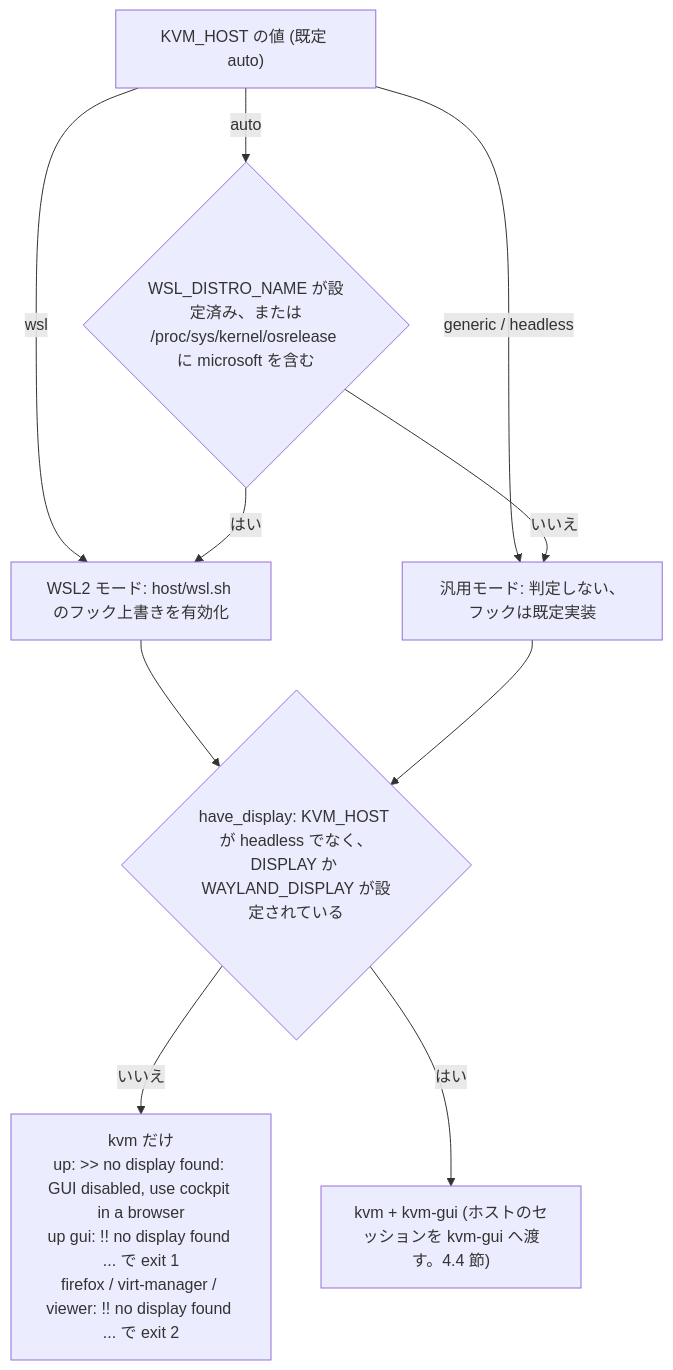
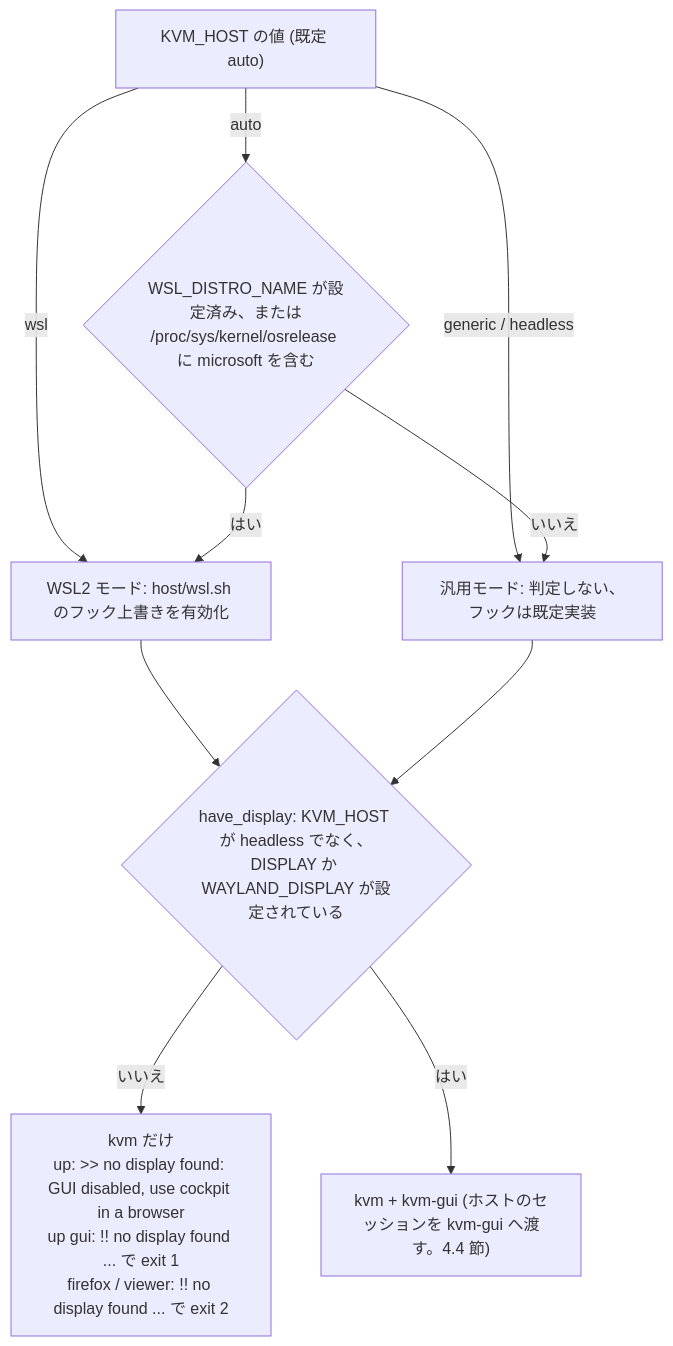
The second of 22 diagrams in docs/SPEC.md (ryo-aoki-pc/kvm-container), drawn with Mermaid before and after one commit. The commit also changed other lines of this file and 6 other files, not shown here.

First line of the commit message:
virt-manager を削除する (#24)

````diff
--- a/docs/SPEC.md
+++ b/docs/SPEC.md
@@ -105,12 +105,12 @@
 ```mermaid
 flowchart TD
   start["KVM_HOST の値 (既定 auto)"] -->|"wsl"| W["WSL2 モード: host/wsl.sh のフック上書きを有効化"]
   start -->|"generic / headless"| G["汎用モード: 判定しない、フックは既定実装"]
   start -->|"auto"| chk{"WSL_DISTRO_NAME が設定済み、または<br/>/proc/sys/kernel/osrelease に microsoft を含む"}
   chk -->|"はい"| W
   chk -->|"いいえ"| G
   W --> hd{"have_display: KVM_HOST が headless でなく、<br/>DISPLAY か WAYLAND_DISPLAY が設定されている"}
   G --> hd
-  hd -->|"いいえ"| H["kvm だけ<br/>up: >> no display found: GUI disabled, use cockpit in a browser<br/>up gui: !! no display found ... で exit 1<br/>firefox / virt-manager / viewer: !! no display found ... で exit 2"]
+  hd -->|"いいえ"| H["kvm だけ<br/>up: >> no display found: GUI disabled, use cockpit in a browser<br/>up gui: !! no display found ... で exit 1<br/>firefox / viewer: !! no display found ... で exit 2"]
   hd -->|"はい"| D["kvm + kvm-gui (ホストのセッションを kvm-gui へ渡す。4.4 節)"]
 ```
````
